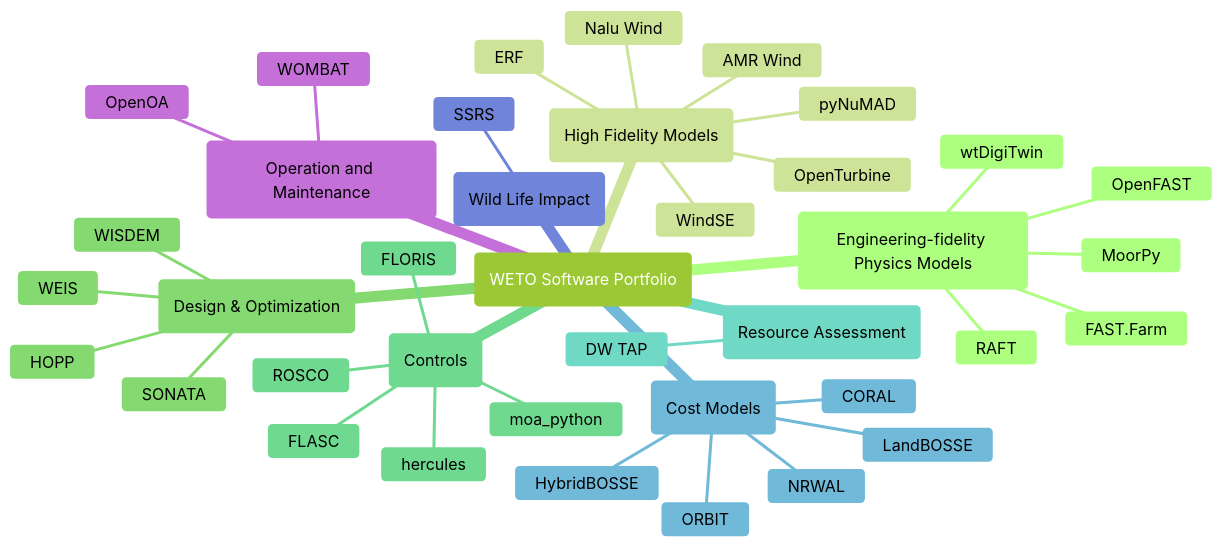
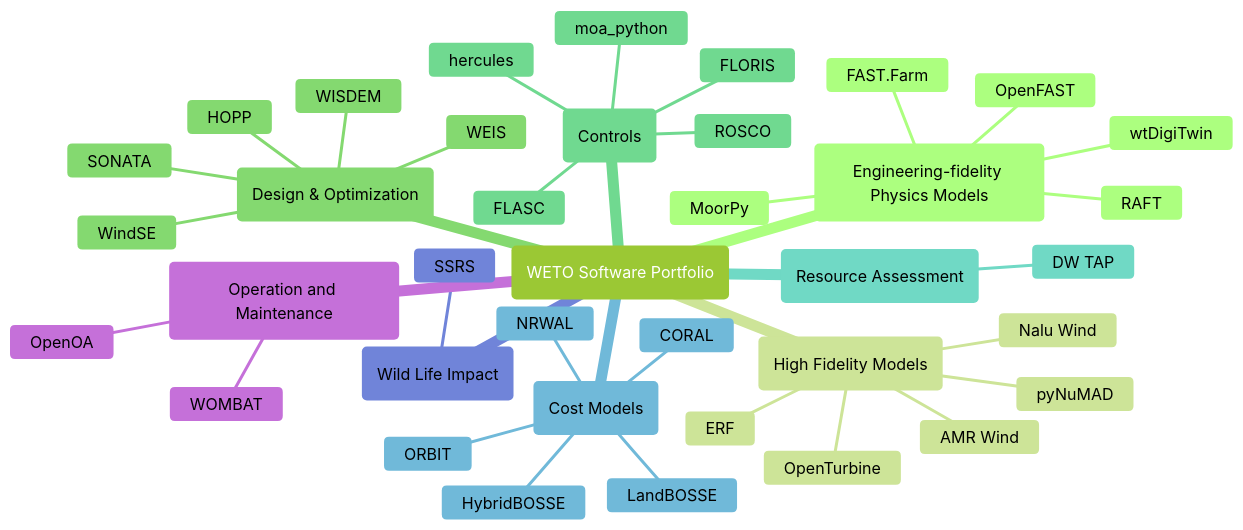
One commit to NREL/WETOStack changed the diagram in docs/portfolio_analysis/software_list.md. Above: the diagram before and after it, drawn with Mermaid. The commit also changed other lines of this file and 1 other file, not shown here.

Commit message:
Move WindSE from HFM to Design & Optimization

````diff
--- a/docs/portfolio_analysis/software_list.md
+++ b/docs/portfolio_analysis/software_list.md
@@ -5,50 +5,50 @@
 ```{mermaid}
 %%{init: { 'logLevel': 'debug', 'theme': 'forest' } }%%
 
 mindmap
     root("WETO Software Portfolio")
         ps(Engineering-fidelity Physics Models)
             OpenFAST
             FAST.Farm
             MoorPy
             wtDigiTwin
             RAFT
 
         hfm(High Fidelity Models)
             AMR Wind
             Nalu Wind
             OpenTurbine
             ERF
-            WindSE
             pyNuMAD
 
         do(Design & Optimization)
             WEIS
             WISDEM
+            WindSE
             HOPP
             SONATA
 
         ctrl(Controls)
             ROSCO
             FLORIS
             FLASC
             hercules
             moa_python
 
         ra(Resource Assessment)
             DW TAP
 
         cost(Cost Models)
             LandBOSSE
             HybridBOSSE
             ORBIT
             CORAL
             NRWAL
 
         wild(Wild Life Impact)
             SSRS
 
         om(Operation and Maintenance)
             OpenOA
             WOMBAT
 ```
````
